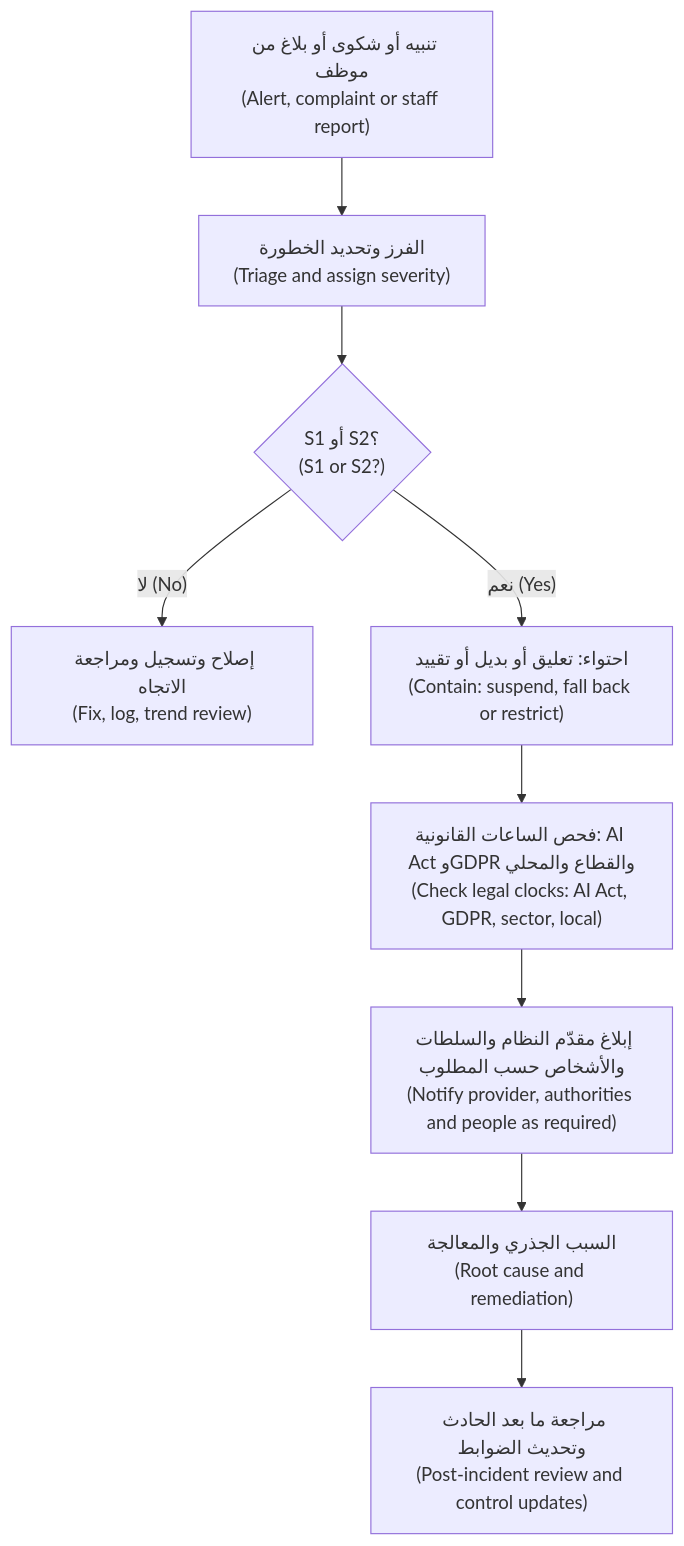
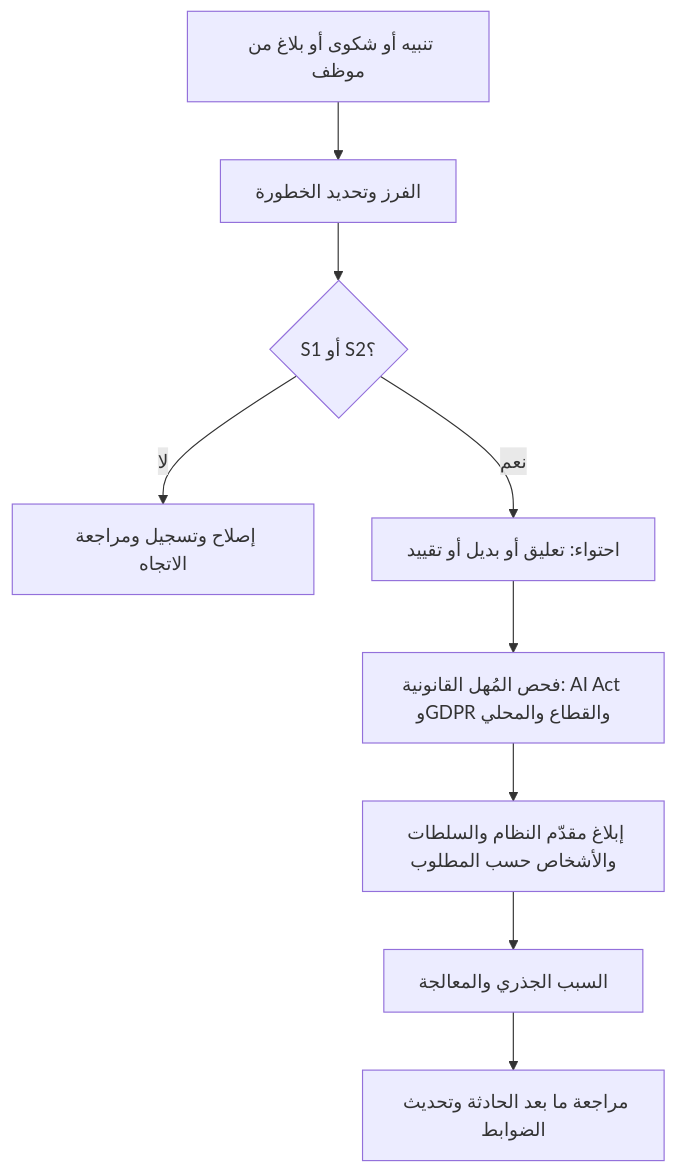
The second of 3 diagrams in aigp/modules/10-release-monitor.ar.md (Tamoura/system-design-for-vibe-coders), drawn with Mermaid before and after one commit. The commit also changed other lines of this file and 551 other files, not shown here.

````diff
--- a/aigp/modules/10-release-monitor.ar.md
+++ b/aigp/modules/10-release-monitor.ar.md
@@ -342,11 +342,11 @@
 ```mermaid
 flowchart TD
-  A["تنبيه أو شكوى أو بلاغ من موظف<br/>(Alert, complaint or staff report)"] --> B["الفرز وتحديد الخطورة<br/>(Triage and assign severity)"]
-  B --> C{"S1 أو S2؟<br/>(S1 or S2?)"}
-  C -- "لا (No)" --> D["إصلاح وتسجيل ومراجعة الاتجاه<br/>(Fix, log, trend review)"]
-  C -- "نعم (Yes)" --> E["احتواء: تعليق أو بديل أو تقييد<br/>(Contain: suspend, fall back or restrict)"]
-  E --> F["فحص الساعات القانونية: AI Act وGDPR والقطاع والمحلي<br/>(Check legal clocks: AI Act, GDPR, sector, local)"]
-  F --> G["إبلاغ مقدّم النظام والسلطات والأشخاص حسب المطلوب<br/>(Notify provider, authorities and people as required)"]
-  G --> H["السبب الجذري والمعالجة<br/>(Root cause and remediation)"]
-  H --> I["مراجعة ما بعد الحادث وتحديث الضوابط<br/>(Post-incident review and control updates)"]
+  A["تنبيه أو شكوى أو بلاغ من موظف"] --> B["الفرز وتحديد الخطورة"]
+  B --> C{"S1 أو S2؟"}
+  C -- "لا" --> D["إصلاح وتسجيل ومراجعة الاتجاه"]
+  C -- "نعم" --> E["احتواء: تعليق أو بديل أو تقييد"]
+  E --> F["فحص المُهل القانونية: AI Act وGDPR والقطاع والمحلي"]
+  F --> G["إبلاغ مقدّم النظام والسلطات والأشخاص حسب المطلوب"]
+  G --> H["السبب الجذري والمعالجة"]
+  H --> I["مراجعة ما بعد الحادثة وتحديث الضوابط"]
 ```
````
